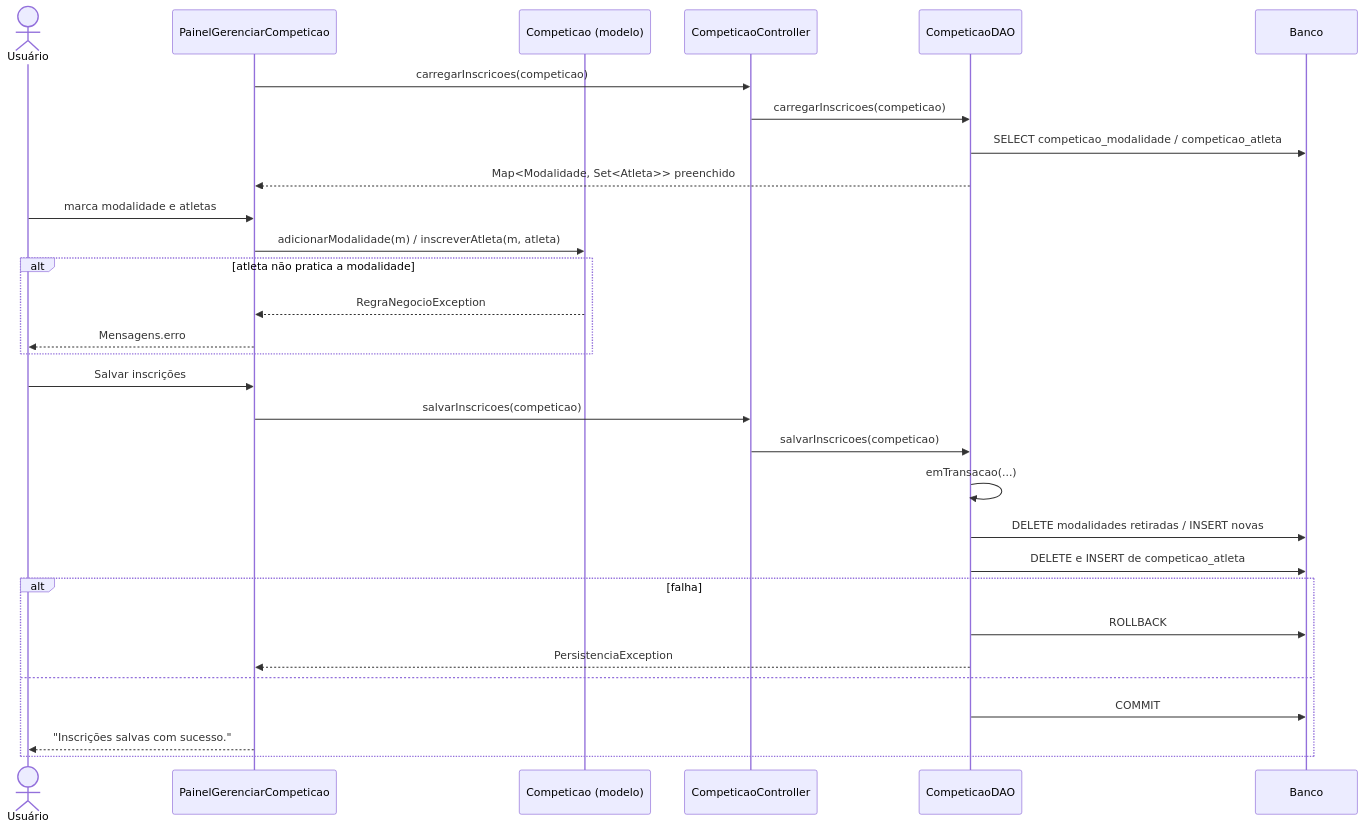
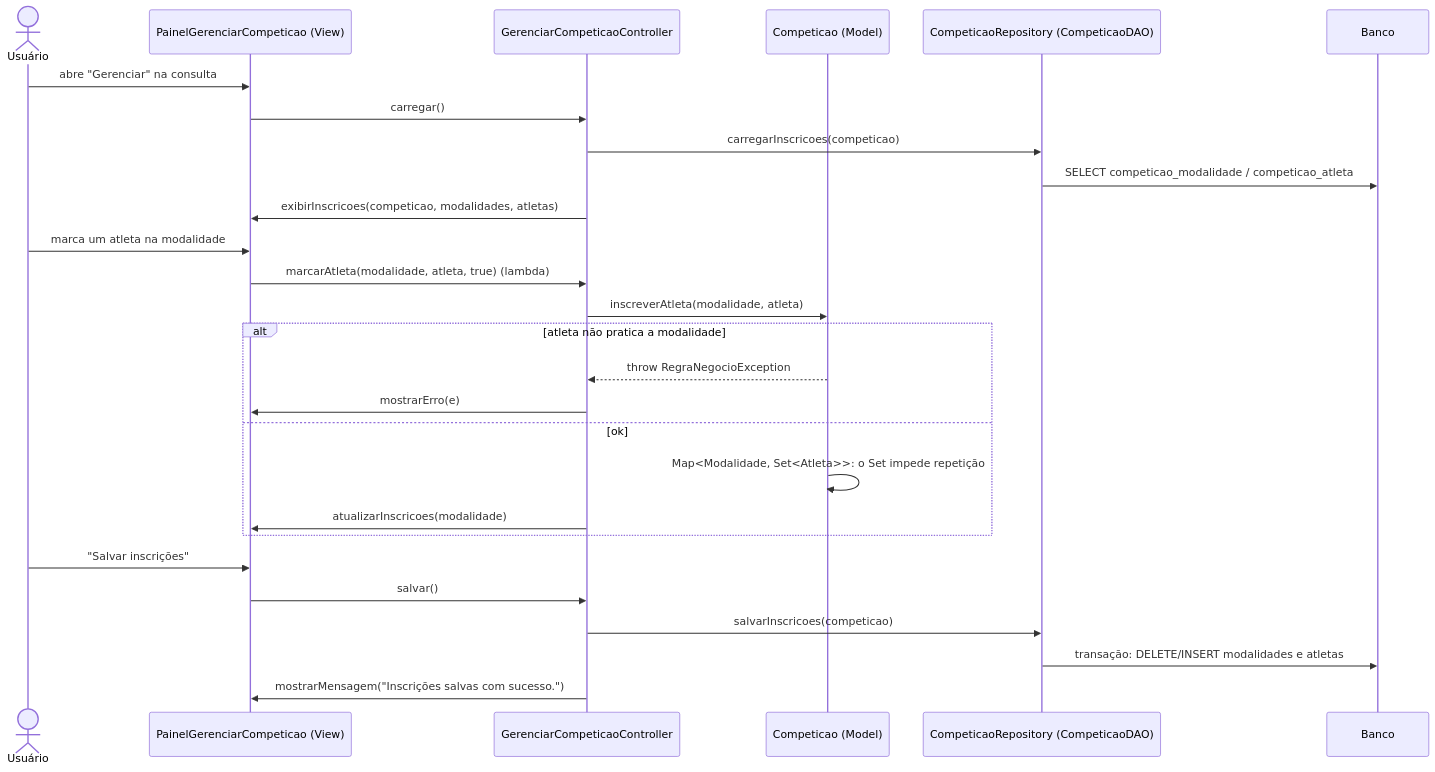
One commit to mheloisawitt/Athletiza changed the eighth of 13 diagrams in docs/diagramas/sequencia.md. Above: the diagram before and after it, drawn with Mermaid. The commit also changed other lines of this file and 196 other files, not shown here.

````diff
--- a/docs/diagramas/sequencia.md
+++ b/docs/diagramas/sequencia.md
@@ -240,33 +275,30 @@
 ```mermaid
 sequenceDiagram
     actor U as Usuário
-    participant V as PainelGerenciarCompeticao
-    participant M as Competicao (modelo)
-    participant C as CompeticaoController
-    participant D as CompeticaoDAO
+    participant V as PainelGerenciarCompeticao (View)
+    participant C as GerenciarCompeticaoController
+    participant M as Competicao (Model)
+    participant R as CompeticaoRepository (CompeticaoDAO)
     participant B as Banco
 
-    V->>C: carregarInscricoes(competicao)
-    C->>D: carregarInscricoes(competicao)
-    D->>B: SELECT competicao_modalidade / competicao_atleta
-    D-->>V: Map<Modalidade, Set<Atleta>> preenchido
-    U->>V: marca modalidade e atletas
-    V->>M: adicionarModalidade(m) / inscreverAtleta(m, atleta)
+    U->>V: abre "Gerenciar" na consulta
+    V->>C: carregar()
+    C->>R: carregarInscricoes(competicao)
+    R->>B: SELECT competicao_modalidade / competicao_atleta
+    C->>V: exibirInscricoes(competicao, modalidades, atletas)
+    U->>V: marca um atleta na modalidade
+    V->>C: marcarAtleta(modalidade, atleta, true) (lambda)
+    C->>M: inscreverAtleta(modalidade, atleta)
     alt atleta não pratica a modalidade
-        M-->>V: RegraNegocioException
-        V-->>U: Mensagens.erro
+        M-->>C: throw RegraNegocioException
+        C->>V: mostrarErro(e)
+    else ok
+        M->>M: Map<Modalidade, Set<Atleta>>: o Set impede repetição
+        C->>V: atualizarInscricoes(modalidade)
     end
-    U->>V: Salvar inscrições
-    V->>C: salvarInscricoes(competicao)
-    C->>D: salvarInscricoes(competicao)
-    D->>D: emTransacao(...)
-    D->>B: DELETE modalidades retiradas / INSERT novas
-    D->>B: DELETE e INSERT de competicao_atleta
-    alt falha
-        D->>B: ROLLBACK
-        D-->>V: PersistenciaException
-    else
-        D->>B: COMMIT
-        V-->>U: "Inscrições salvas com sucesso."
-    end
+    U->>V: "Salvar inscrições"
+    V->>C: salvar()
+    C->>R: salvarInscricoes(competicao)
+    R->>B: transação: DELETE/INSERT modalidades e atletas
+    C->>V: mostrarMensagem("Inscrições salvas com sucesso.")
 ```
````
